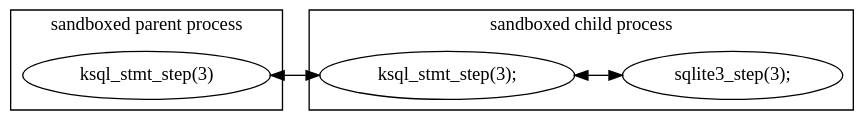
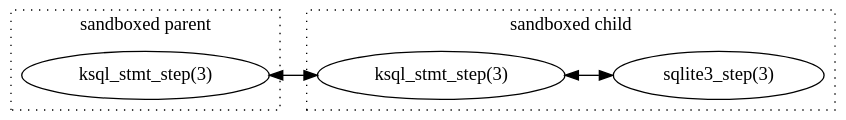
Before and after one commit to kristapsdz/bchs: the diagram in ksql-fig3.dot, drawn with Graphviz. The commit also changed 3 other files, not shown here.

Commit message:
Clarify graphs.

```diff
--- a/ksql-fig3.dot
+++ b/ksql-fig3.dot
@@ -1,18 +1,20 @@
 digraph {
 	graph [rankdir="LR"];
 	bgcolor="transparent";
 
 	subgraph cluster_0 {
-		label="sandboxed child process";
-		step2 [label="ksql_stmt_step(3);"];
-		step3 [label="sqlite3_step(3);"];
+		label="sandboxed child";
+		style="dotted";
+		step2 [label="ksql_stmt_step(3)"];
+		step3 [label="sqlite3_step(3)"];
 		step2 -> step3 [dir="both"];
 	};
 
 	subgraph cluster_1 {
-		label="sandboxed parent process";
+		label="sandboxed parent";
+		style="dotted";
 		step1 [label="ksql_stmt_step(3)"];
 	};
 
 	step1 -> step2 [dir="both"];
 }
```
